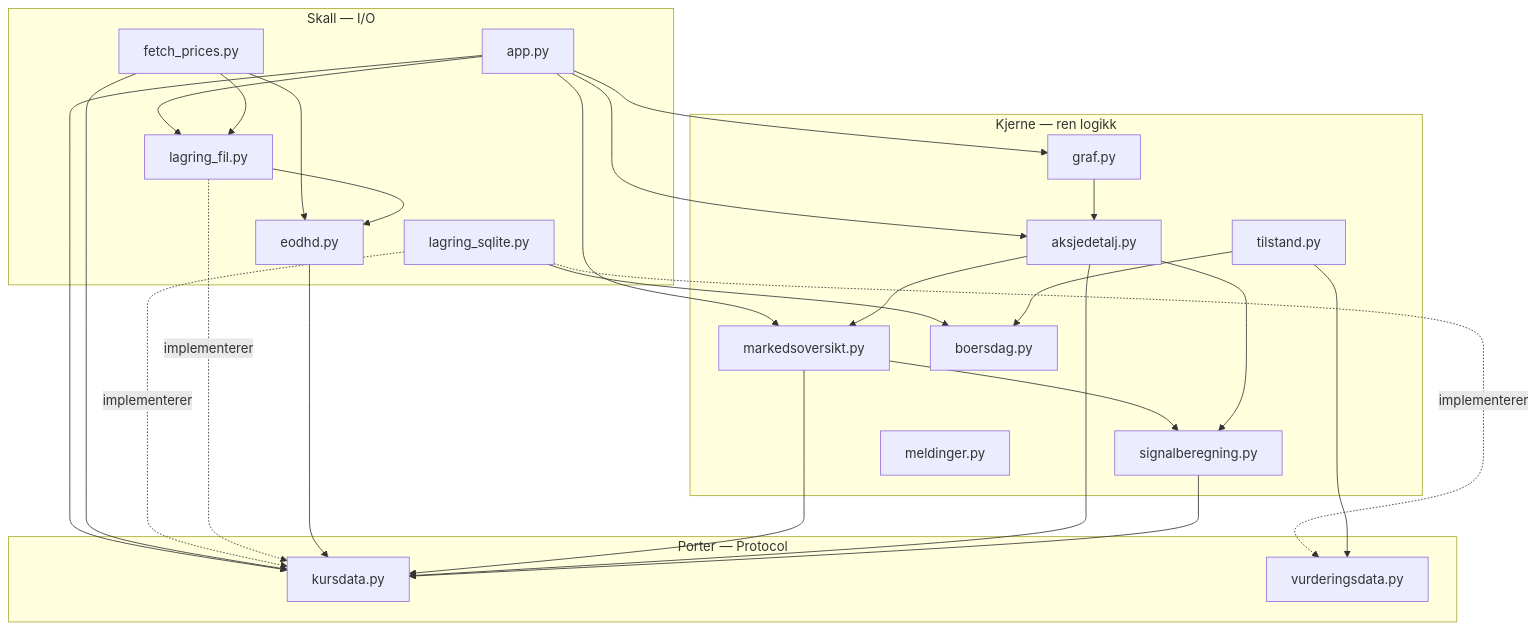
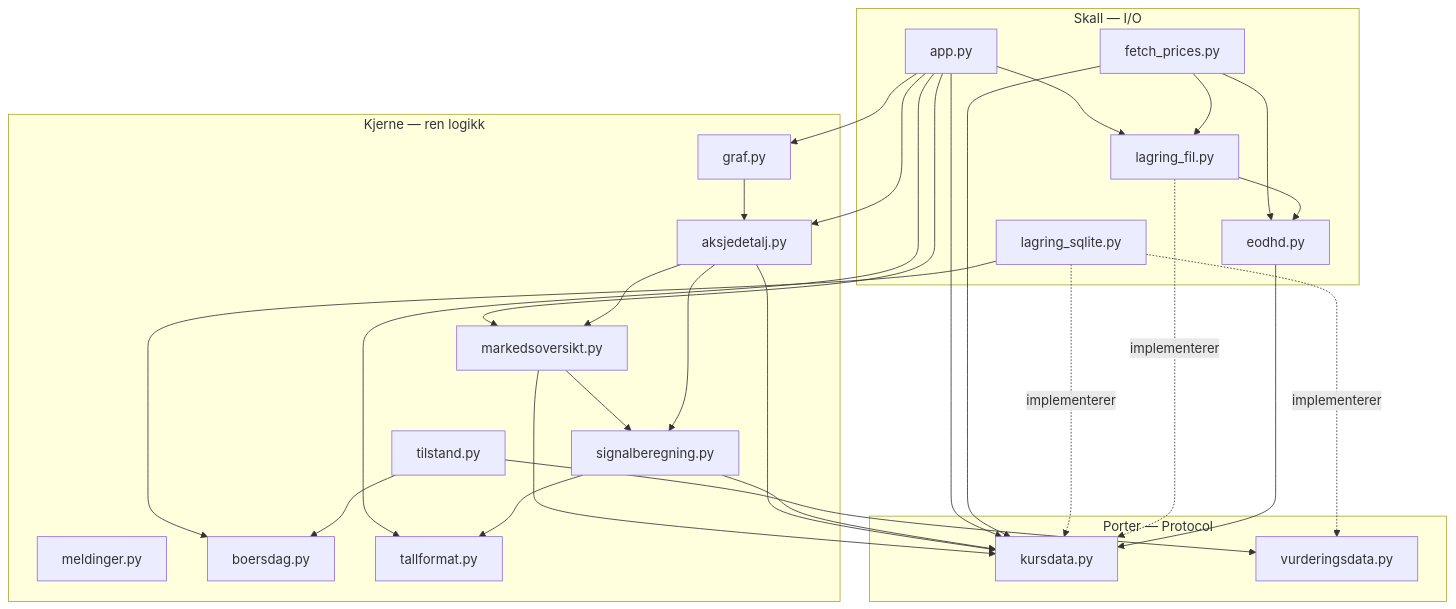
The first of 3 diagrams in _bmad-output/planning-artifacts/architecture/architecture-G74-lund-osen-2026-09-22/ARCHITECTURE-SPINE.md (IBE160-2026/G74-lund-osen), drawn with Mermaid before and after one commit. The commit also changed other lines of this file and 14 other files, not shown here.

````diff
--- a/_bmad-output/planning-artifacts/architecture/architecture-G74-lund-osen-2026-09-22/ARCHITECTURE-SPINE.md
+++ b/_bmad-output/planning-artifacts/architecture/architecture-G74-lund-osen-2026-09-22/ARCHITECTURE-SPINE.md
@@ -65,47 +65,50 @@
 ```mermaid
 graph TD
     subgraph skall["Skall — I/O"]
         app["app.py"]
         fetch["fetch_prices.py"]
         sqlite["lagring_sqlite.py"]
         fil["lagring_fil.py"]
         eodhd["eodhd.py"]
     end
     subgraph porter["Porter — Protocol"]
         kursdata["kursdata.py"]
         vurdering["vurderingsdata.py"]
     end
     subgraph kjerne["Kjerne — ren logikk"]
         marked["markedsoversikt.py"]
         detalj["aksjedetalj.py"]
         graf["graf.py"]
         signal["signalberegning.py"]
         meld["meldinger.py"]
         boersdag["boersdag.py"]
         tilstand["tilstand.py"]
+        tallformat["tallformat.py"]
     end
 
     app --> marked
     app --> detalj
     app --> graf
     app --> kursdata
     app --> fil
+    app --> tallformat
     fetch --> kursdata
     fetch --> fil
     fetch --> eodhd
     sqlite -. implementerer .-> kursdata
     sqlite -. implementerer .-> vurdering
     sqlite --> boersdag
     tilstand --> boersdag
     tilstand --> vurdering
     fil -. implementerer .-> kursdata
     fil --> eodhd
     eodhd --> kursdata
     marked --> signal
     marked --> kursdata
     detalj --> signal
     detalj --> marked
     detalj --> kursdata
     graf --> detalj
     signal --> kursdata
+    signal --> tallformat
 ```
````
